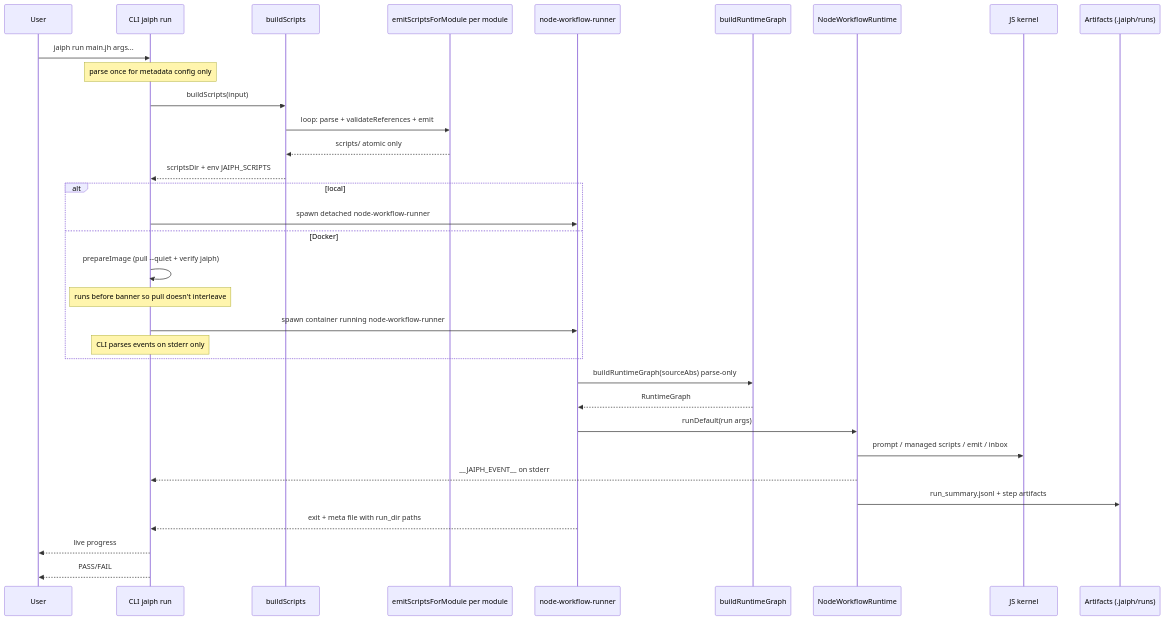
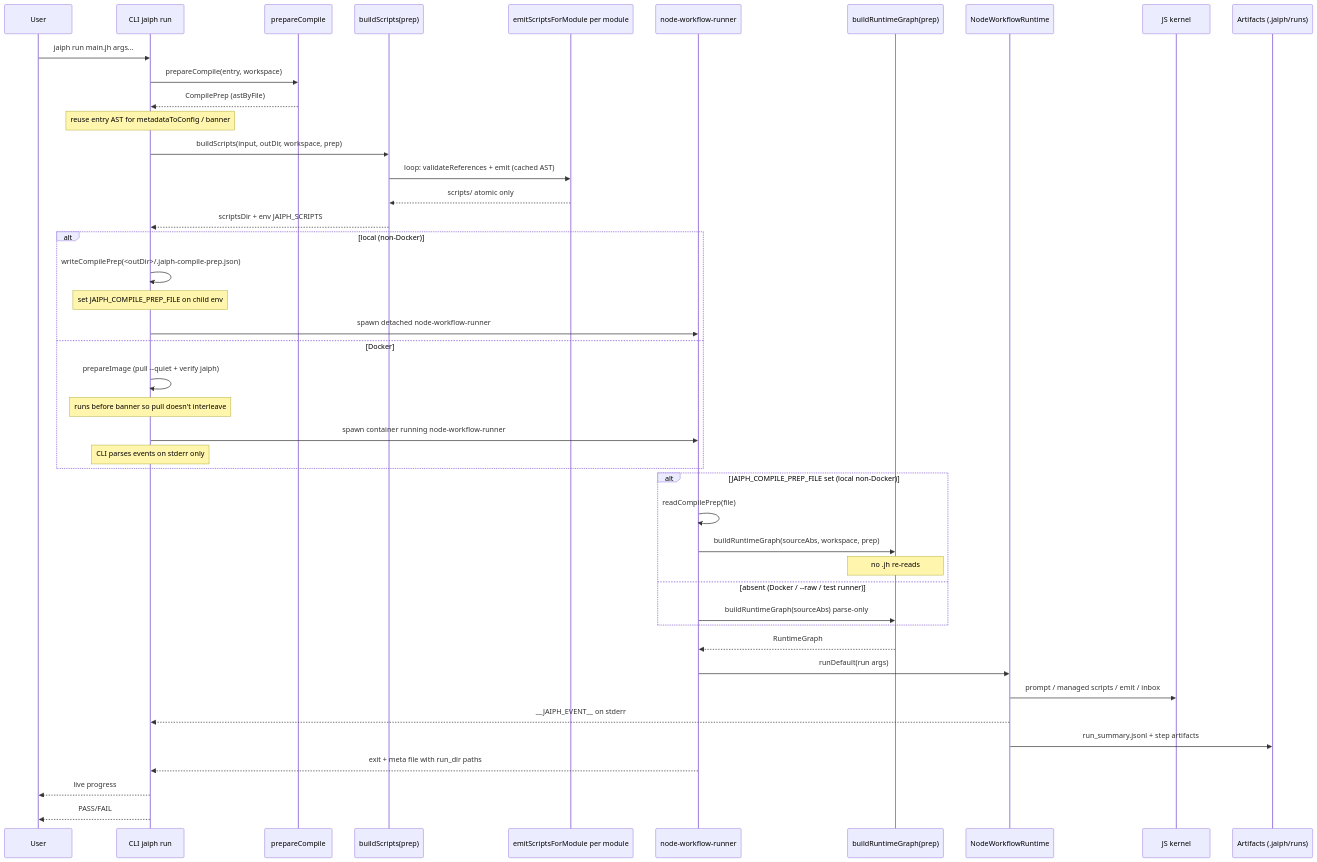
Before and after one commit to jaiphlang/jaiph: the second of 3 diagrams in docs/architecture.md, drawn with Mermaid. The commit also changed other lines of this file and 10 other files, not shown here.

````diff
--- a/docs/architecture.md
+++ b/docs/architecture.md
@@ -192,36 +212,47 @@
 ```mermaid
 sequenceDiagram
     participant User
     participant CLI as CLI jaiph run
-    participant Prep as buildScripts
+    participant CP as prepareCompile
+    participant Prep as buildScripts(prep)
     participant TF as emitScriptsForModule per module
     participant Runner as node-workflow-runner
-    participant Graph as buildRuntimeGraph
+    participant Graph as buildRuntimeGraph(prep)
     participant Runtime as NodeWorkflowRuntime
     participant Kernel as JS kernel
     participant Report as Artifacts (.jaiph/runs)
 
     User->>CLI: jaiph run main.jh args...
-    Note over CLI: parse once for metadata config only
-    CLI->>Prep: buildScripts(input)
-    Prep->>TF: loop: parse + validateReferences + emit
+    CLI->>CP: prepareCompile(entry, workspace)
+    CP-->>CLI: CompilePrep (astByFile)
+    Note over CLI: reuse entry AST for metadataToConfig / banner
+    CLI->>Prep: buildScripts(input, outDir, workspace, prep)
+    Prep->>TF: loop: validateReferences + emit (cached AST)
     TF-->>Prep: scripts/ atomic only
     Prep-->>CLI: scriptsDir + env JAIPH_SCRIPTS
-    alt local
+    alt local (non-Docker)
+        CLI->>CLI: writeCompilePrep(<outDir>/.jaiph-compile-prep.json)
+        Note over CLI: set JAIPH_COMPILE_PREP_FILE on child env
         CLI->>Runner: spawn detached node-workflow-runner
     else Docker
         CLI->>CLI: prepareImage (pull --quiet + verify jaiph)
         Note over CLI: runs before banner so pull doesn't interleave
         CLI->>Runner: spawn container running node-workflow-runner
         Note over CLI: CLI parses events on stderr only
     end
-    Runner->>Graph: buildRuntimeGraph(sourceAbs) parse-only
+    alt JAIPH_COMPILE_PREP_FILE set (local non-Docker)
+        Runner->>Runner: readCompilePrep(file)
+        Runner->>Graph: buildRuntimeGraph(sourceAbs, workspace, prep)
+        Note over Graph: no .jh re-reads
+    else absent (Docker / --raw / test runner)
+        Runner->>Graph: buildRuntimeGraph(sourceAbs) parse-only
+    end
     Graph-->>Runner: RuntimeGraph
     Runner->>Runtime: runDefault(run args)
     Runtime->>Kernel: prompt / managed scripts / emit / inbox
     Runtime-->>CLI: __JAIPH_EVENT__ on stderr
     Runtime->>Report: run_summary.jsonl + step artifacts
     Runner-->>CLI: exit + meta file with run_dir paths
     CLI-->>User: live progress
     CLI-->>User: PASS/FAIL
 ```
````
